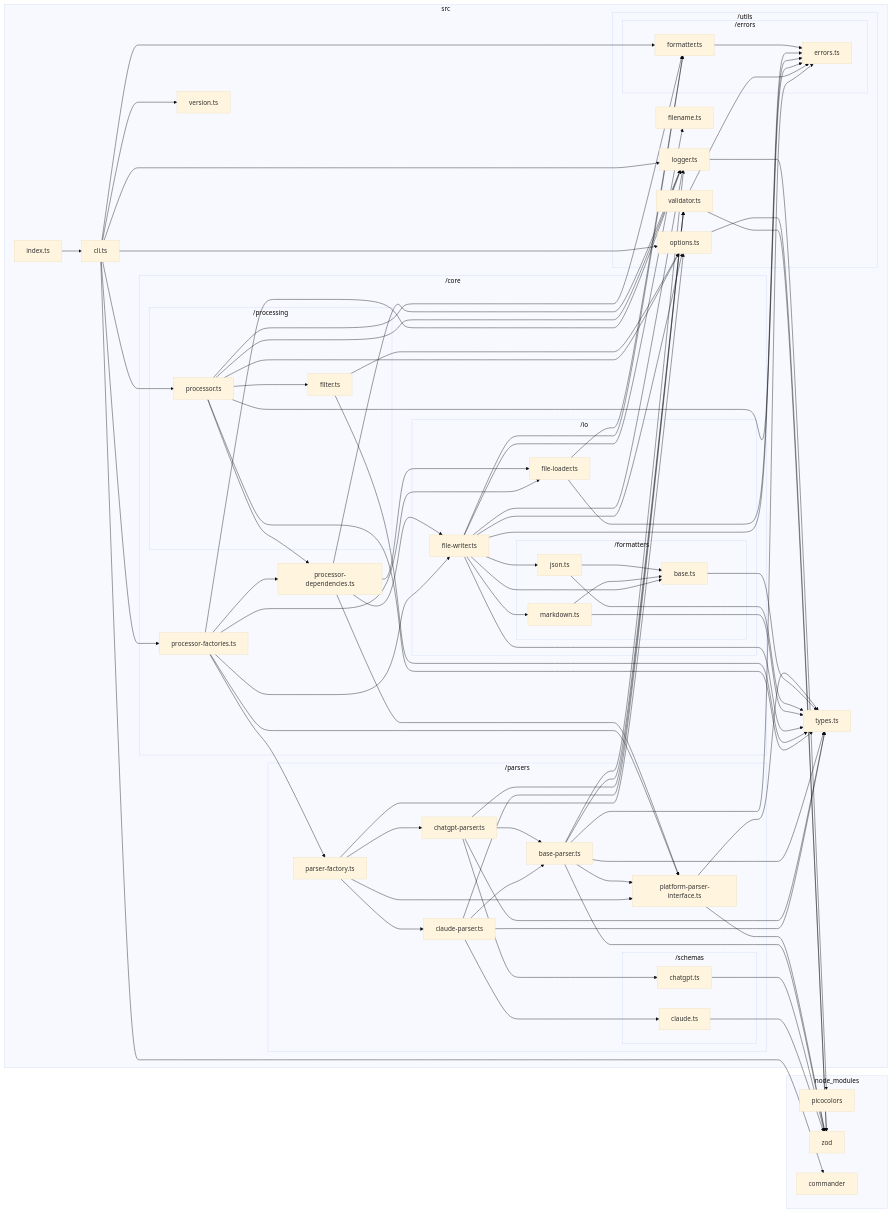
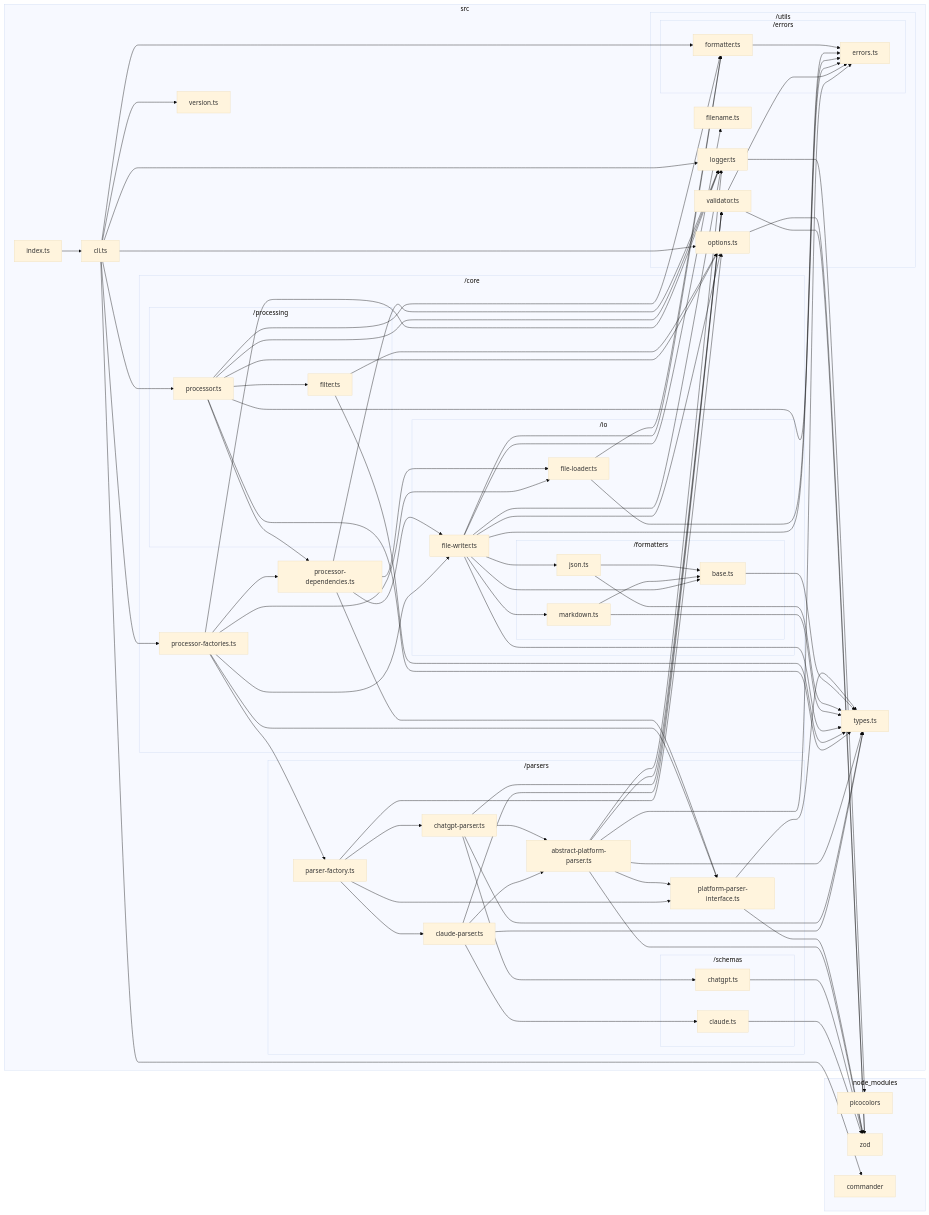
One commit to sugurutakahashi-1234/ai-chat-md-export changed the diagram in docs/dependency-graphs/typescript-graph.md. Above: the diagram before and after it, drawn with Mermaid (base theme). The commit also changed 3 other files, not shown here.

First line of the commit message:
refactor: replace base parser with abstract platform parser

```diff
--- a/docs/dependency-graphs/typescript-graph.md
+++ b/docs/dependency-graphs/typescript-graph.md
@@ -23,7 +23,7 @@
         end
         subgraph src/parsers["/parsers"]
             src/parsers/platform//parser//interface.ts["platform-parser-interface.ts"]
-            src/parsers/base//parser.ts["base-parser.ts"]
+            src/parsers/abstract//platform//parser.ts["abstract-platform-parser.ts"]
             src/parsers/chatgpt//parser.ts["chatgpt-parser.ts"]
             src/parsers/claude//parser.ts["claude-parser.ts"]
             src/parsers/parser//factory.ts["parser-factory.ts"]
@@ -91,21 +91,21 @@
     src/core/processing/processor.ts-->src/core/processing/filter.ts
     src/utils/validator.ts-->node//modules/zod/index.d.cts
     src/utils/validator.ts-->src/utils/errors/errors.ts
-    src/parsers/base//parser.ts-->node//modules/zod/index.d.cts
-    src/parsers/base//parser.ts-->src/types.ts
-    src/parsers/base//parser.ts-->src/utils/errors/errors.ts
-    src/parsers/base//parser.ts-->src/utils/logger.ts
-    src/parsers/base//parser.ts-->src/utils/validator.ts
-    src/parsers/base//parser.ts-->src/parsers/platform//parser//interface.ts
+    src/parsers/abstract//platform//parser.ts-->node//modules/zod/index.d.cts
+    src/parsers/abstract//platform//parser.ts-->src/types.ts
+    src/parsers/abstract//platform//parser.ts-->src/utils/errors/errors.ts
+    src/parsers/abstract//platform//parser.ts-->src/utils/logger.ts
+    src/parsers/abstract//platform//parser.ts-->src/utils/validator.ts
+    src/parsers/abstract//platform//parser.ts-->src/parsers/platform//parser//interface.ts
     src/parsers/schemas/chatgpt.ts-->node//modules/zod/index.d.cts
     src/parsers/chatgpt//parser.ts-->src/types.ts
     src/parsers/chatgpt//parser.ts-->src/utils/validator.ts
-    src/parsers/chatgpt//parser.ts-->src/parsers/base//parser.ts
+    src/parsers/chatgpt//parser.ts-->src/parsers/abstract//platform//parser.ts
     src/parsers/chatgpt//parser.ts-->src/parsers/schemas/chatgpt.ts
     src/parsers/schemas/claude.ts-->node//modules/zod/index.d.cts
     src/parsers/claude//parser.ts-->src/types.ts
     src/parsers/claude//parser.ts-->src/utils/validator.ts
-    src/parsers/claude//parser.ts-->src/parsers/base//parser.ts
+    src/parsers/claude//parser.ts-->src/parsers/abstract//platform//parser.ts
     src/parsers/claude//parser.ts-->src/parsers/schemas/claude.ts
     src/parsers/parser//factory.ts-->src/utils/options.ts
     src/parsers/parser//factory.ts-->src/parsers/chatgpt//parser.ts
```
